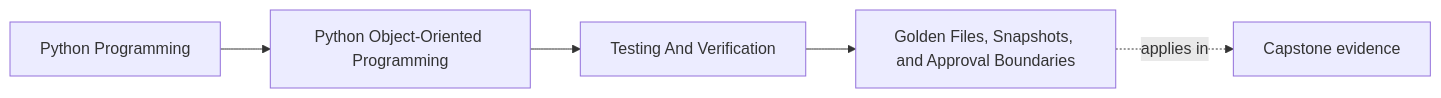
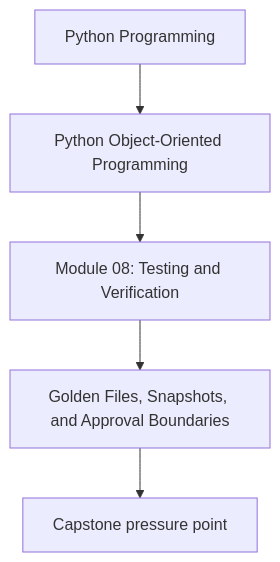
One commit to bijux/bijux-masterclass changed the first of 2 diagrams in programs/python-programming/python-object-oriented-programming/course-book/module-08-testing-and-verification/golden-files-snapshots-and-approval-boundaries.md. Above: the diagram before and after it, drawn with Mermaid. The commit also changed other lines of this file and 107 other files, not shown here.

Commit message:
docs(python-object-oriented-programming): align concept page diagrams

````diff
--- a/programs/python-programming/python-object-oriented-programming/course-book/module-08-testing-and-verification/golden-files-snapshots-and-approval-boundaries.md
+++ b/programs/python-programming/python-object-oriented-programming/course-book/module-08-testing-and-verification/golden-files-snapshots-and-approval-boundaries.md
@@ -7,11 +7,7 @@
 ```mermaid
-graph LR
-  family["Python Programming"]
-  program["Python Object-Oriented Programming"]
-  section["Testing And Verification"]
-  page["Golden Files, Snapshots, and Approval Boundaries"]
-  capstone["Capstone evidence"]
-
-  family --> program --> section --> page
-  page -.applies in.-> capstone
+flowchart TD
+  family["Python Programming"] --> program["Python Object-Oriented Programming"]
+  program --> module["Module 08: Testing and Verification"]
+  module --> concept["Golden Files, Snapshots, and Approval Boundaries"]
+  concept --> capstone["Capstone pressure point"]
 ```
````
